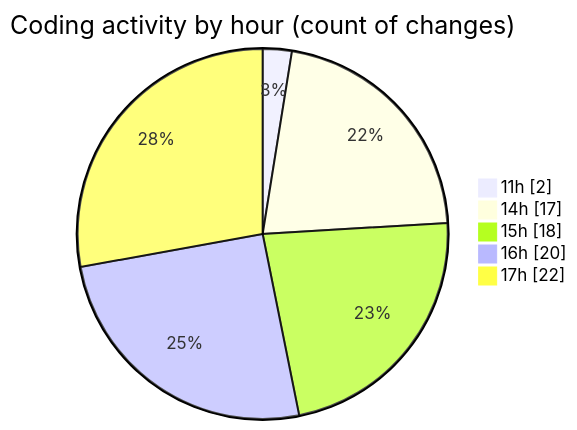
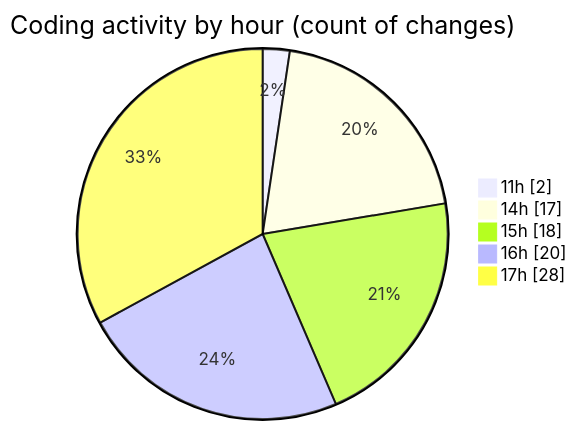
Before and after one commit to momahboobian/code-tracking: the second of 2 diagrams in 2026-03-16/cda/README.md, drawn with Mermaid. The commit also changed other lines of this file and 1 other file, not shown here.

````diff
--- a/2026-03-16/cda/README.md
+++ b/2026-03-16/cda/README.md
@@ -44,9 +46,9 @@
 ```mermaid
 pie showData
 title Coding activity by hour (count of changes)
 "11h" : 2
 "14h" : 17
 "15h" : 18
 "16h" : 20
-"17h" : 22
+"17h" : 28
 ```
````
